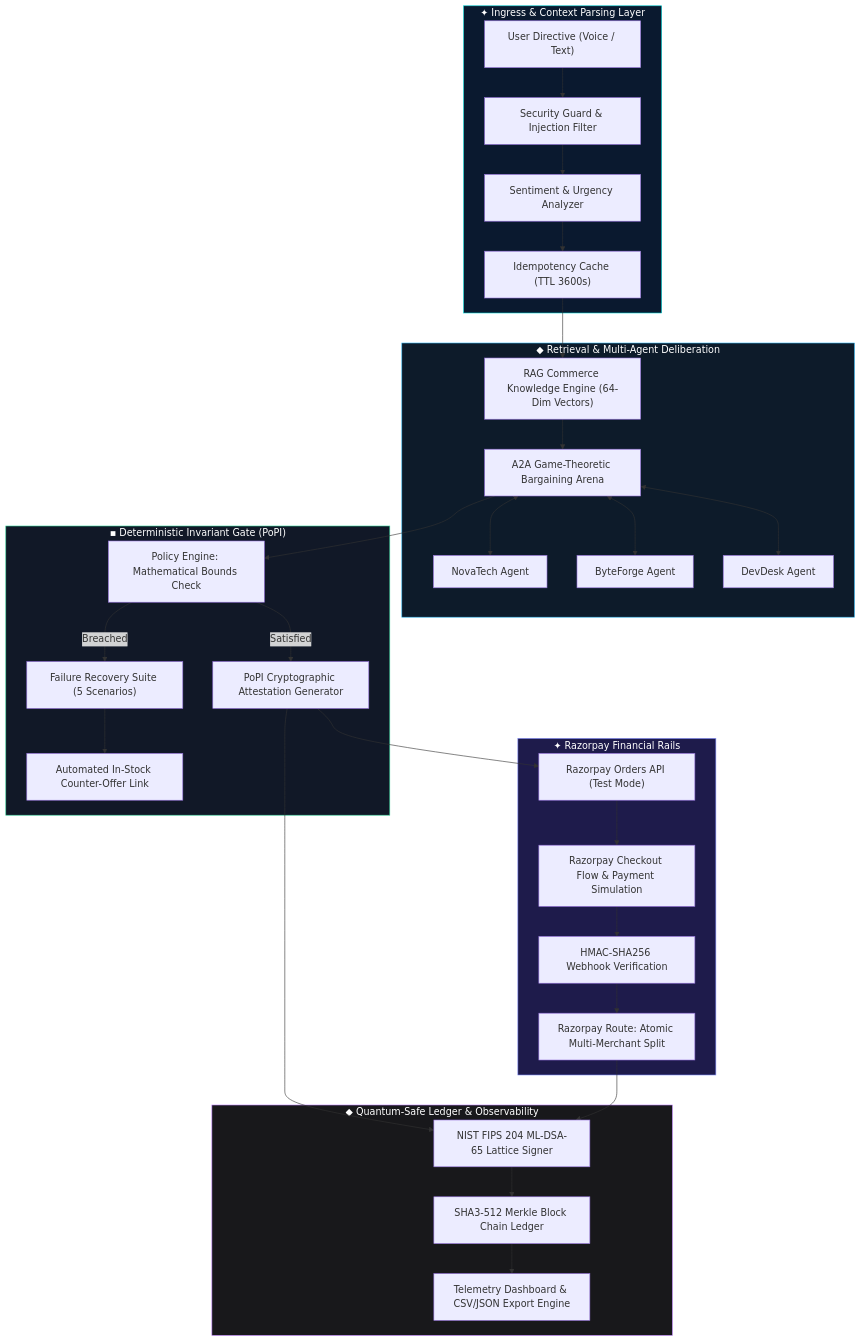
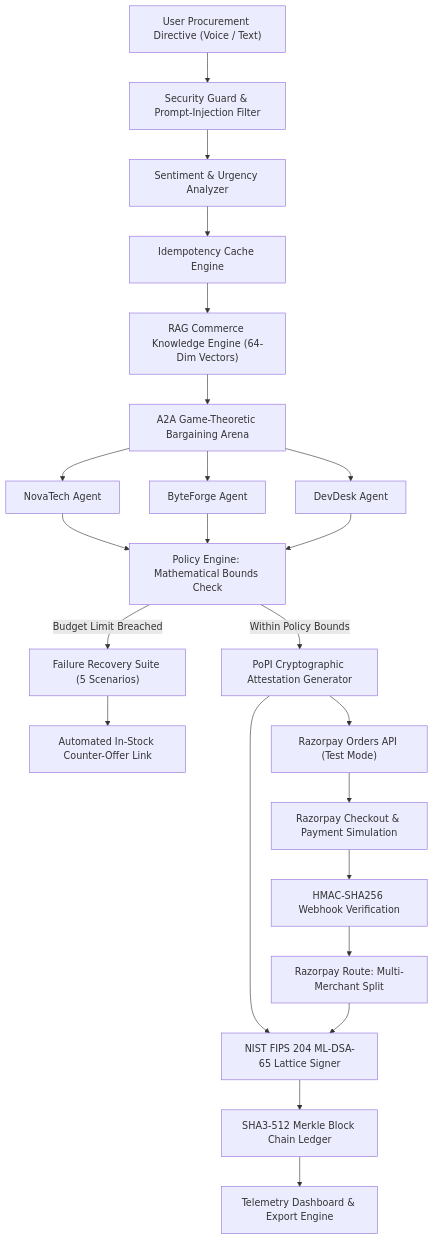
Before and after one commit to YeshwanthRajSelvaraj/VERITY-Agentic-Commerce-Razorpay: the first of 2 diagrams in README.md, drawn with Mermaid. The commit also changed other lines of this file, not shown here.

Commit message:
fix(docs): format Mermaid diagrams to GitHub-safe syntax to fix SVG render tree errors

````diff
--- a/README.md
+++ b/README.md
@@ -46,43 +46,30 @@
 ```mermaid
-flowchart TD
-    subgraph INGRESS ["✦ Ingress & Context Parsing Layer"]
-        A["User Directive (Voice / Text)"] --> B["Security Guard & Injection Filter"]
-        B --> C["Sentiment & Urgency Analyzer"]
-        C --> D["Idempotency Cache (TTL 3600s)"]
-    end
-
-    subgraph INTELLIGENCE ["◆ Retrieval & Multi-Agent Deliberation"]
-        D --> E["RAG Commerce Knowledge Engine (64-Dim Vectors)"]
-        E --> F["A2A Game-Theoretic Bargaining Arena"]
-        F <--> G["NovaTech Agent"]
-        F <--> H["ByteForge Agent"]
-        F <--> I["DevDesk Agent"]
-    end
-
-    subgraph VERIFICATION ["▪ Deterministic Invariant Gate (PoPI)"]
-        F --> J["Policy Engine: Mathematical Bounds Check"]
-        J -->|Satisfied| K["PoPI Cryptographic Attestation Generator"]
-        J -->|Breached| L["Failure Recovery Suite (5 Scenarios)"]
-        L --> M["Automated In-Stock Counter-Offer Link"]
-    end
-
-    subgraph SETTLEMENT ["✦ Razorpay Financial Rails"]
-        K --> N["Razorpay Orders API (Test Mode)"]
-        N --> O["Razorpay Checkout Flow & Payment Simulation"]
-        O --> P["HMAC-SHA256 Webhook Verification"]
-        P --> Q["Razorpay Route: Atomic Multi-Merchant Split"]
-    end
-
-    subgraph AUDIT ["◆ Quantum-Safe Ledger & Observability"]
-        K --> R["NIST FIPS 204 ML-DSA-65 Lattice Signer"]
-        Q --> R
-        R --> S["SHA3-512 Merkle Block Chain Ledger"]
-        S --> T["Telemetry Dashboard & CSV/JSON Export Engine"]
-    end
-
-    style INGRESS fill:#0a192f,stroke:#00d2d3,stroke-width:1px,color:#fff
-    style INTELLIGENCE fill:#0d1b2a,stroke:#38bdf8,stroke-width:1px,color:#fff
-    style VERIFICATION fill:#111827,stroke:#34d399,stroke-width:1px,color:#fff
-    style SETTLEMENT fill:#1e1b4b,stroke:#818cf8,stroke-width:1px,color:#fff
-    style AUDIT fill:#18181b,stroke:#c084fc,stroke-width:1px,color:#fff
+graph TD
+    A["User Procurement Directive (Voice / Text)"] --> B["Security Guard & Prompt-Injection Filter"]
+    B --> C["Sentiment & Urgency Analyzer"]
+    C --> D["Idempotency Cache Engine"]
+    D --> E["RAG Commerce Knowledge Engine (64-Dim Vectors)"]
+    E --> F["A2A Game-Theoretic Bargaining Arena"]
+    
+    F --> G["NovaTech Agent"]
+    F --> H["ByteForge Agent"]
+    F --> I["DevDesk Agent"]
+    
+    G --> J["Policy Engine: Mathematical Bounds Check"]
+    H --> J
+    I --> J
+    
+    J -->|Within Policy Bounds| K["PoPI Cryptographic Attestation Generator"]
+    J -->|Budget Limit Breached| L["Failure Recovery Suite (5 Scenarios)"]
+    L --> M["Automated In-Stock Counter-Offer Link"]
+    
+    K --> N["Razorpay Orders API (Test Mode)"]
+    N --> O["Razorpay Checkout & Payment Simulation"]
+    O --> P["HMAC-SHA256 Webhook Verification"]
+    P --> Q["Razorpay Route: Multi-Merchant Split"]
+    
+    K --> R["NIST FIPS 204 ML-DSA-65 Lattice Signer"]
+    Q --> R
+    R --> S["SHA3-512 Merkle Block Chain Ledger"]
+    S --> T["Telemetry Dashboard & Export Engine"]
 ```
````
